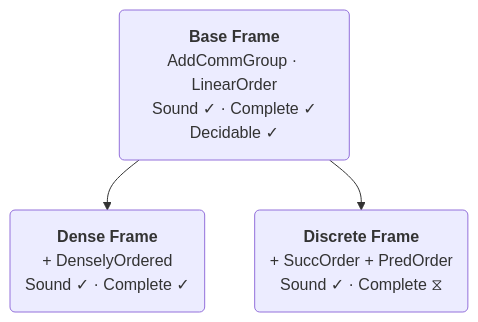
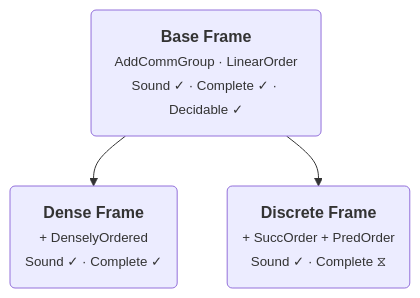
Before and after one commit to benbrastmckie/BimodalLogic: the diagram in README.md, drawn with Mermaid.

````diff
--- a/README.md
+++ b/README.md
@@ -120,9 +120,9 @@
 ```mermaid
 graph TD
-    B("<b>Base Frame</b><br/>AddCommGroup · LinearOrder<br/>Sound ✓ · Complete ✓<br/>Decidable ✓")
-    D("<b>Dense Frame</b><br/>+ DenselyOrdered<br/>Sound ✓ · Complete ✓")
-    Z("<b>Discrete Frame</b><br/>+ SuccOrder + PredOrder<br/>Sound ✓ · Complete ⧖")
+    B("<b>Base Frame</b><br/><small>AddCommGroup · LinearOrder</small><br/><small>Sound ✓ · Complete ✓ · Decidable ✓</small>")
+    D("<b>Dense Frame</b><br/><small>+ DenselyOrdered</small><br/><small>Sound ✓ · Complete ✓</small>")
+    Z("<b>Discrete Frame</b><br/><small>+ SuccOrder + PredOrder</small><br/><small>Sound ✓ · Complete ⧖</small>")
 
     B --> D
     B --> Z
 ```
````
